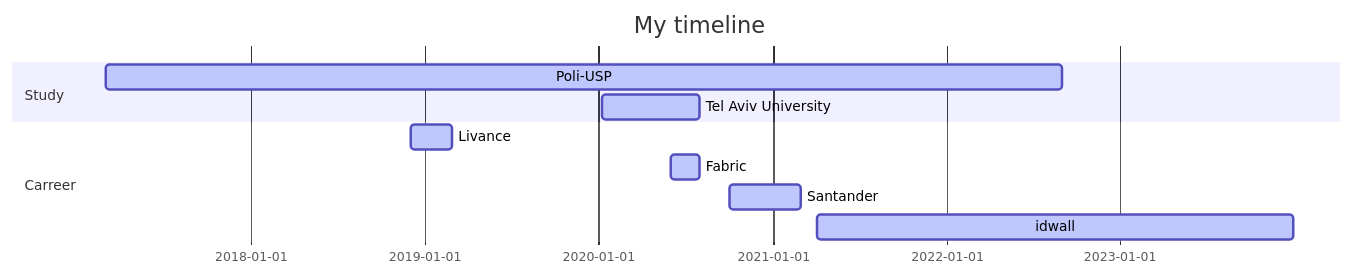
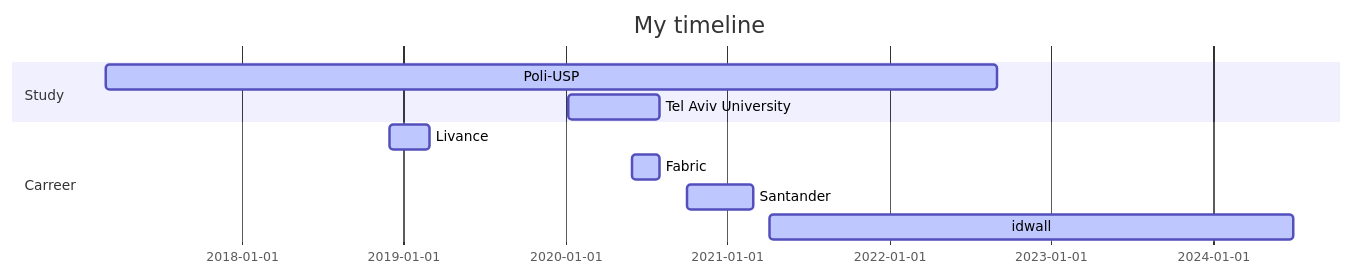
Before and after one commit to guerchen/guerchen: the diagram in README.md, drawn with Mermaid.

````diff
--- a/README.md
+++ b/README.md
@@ -6,16 +6,16 @@
 ```mermaid
 
 gantt
 dateFormat YYYY-MM-DD
 title My timeline
 
 section Study
 Poli-USP                 :active,, 2017-03-01,2022-09-01
 Tel Aviv University      :active,, 2020-01-08,2020-07-31
 
 section Carreer
 Livance                  :active,, 2018-12-01,2019-02-28
 Fabric                   :active,, 2020-06-01,2020-07-31
 Santander                :active,, 2020-10-01,2021-03-01
-idwall                   :active,, 2021-04-05,2023-12-31
+idwall                   :active,, 2021-04-05,2024-06-30
 ```
````
